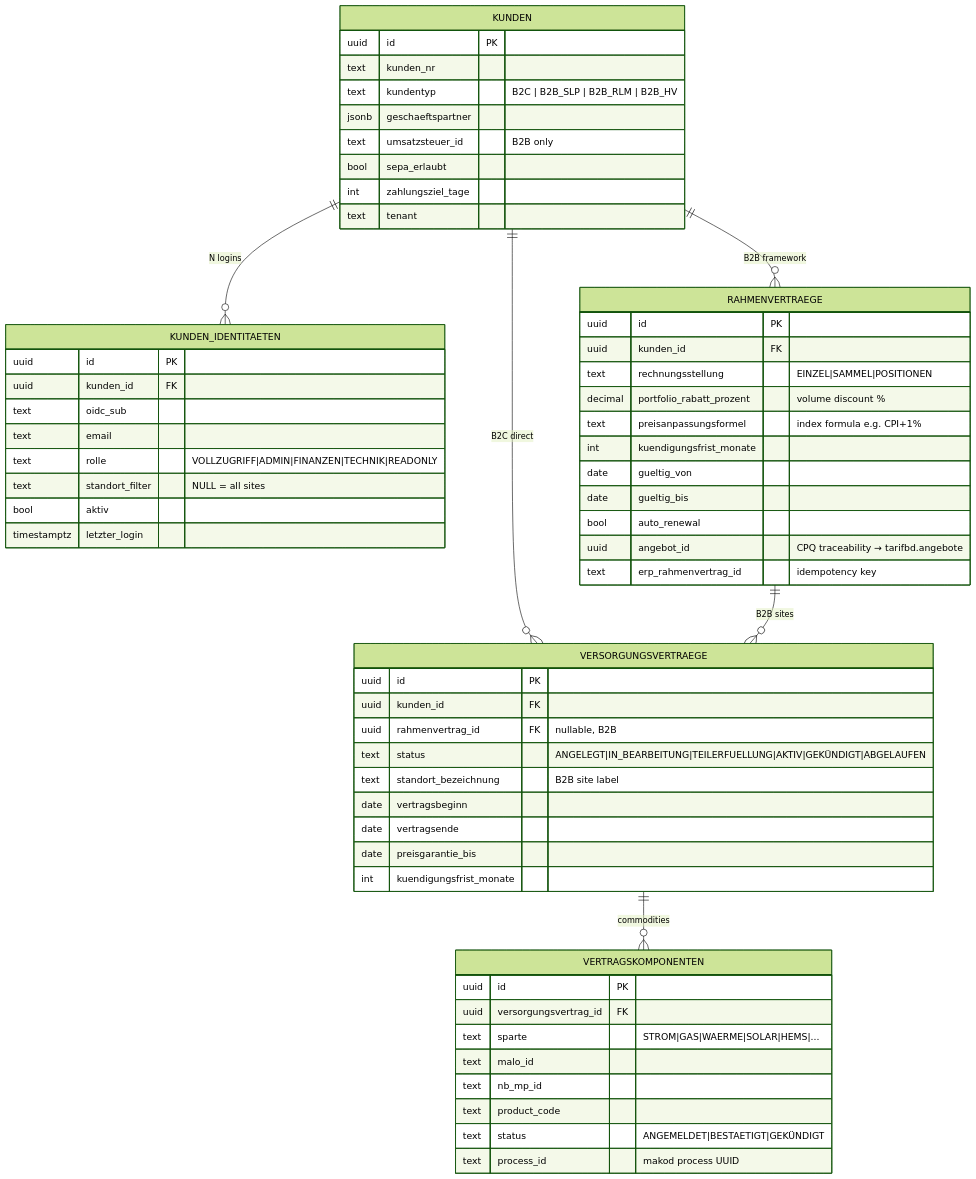
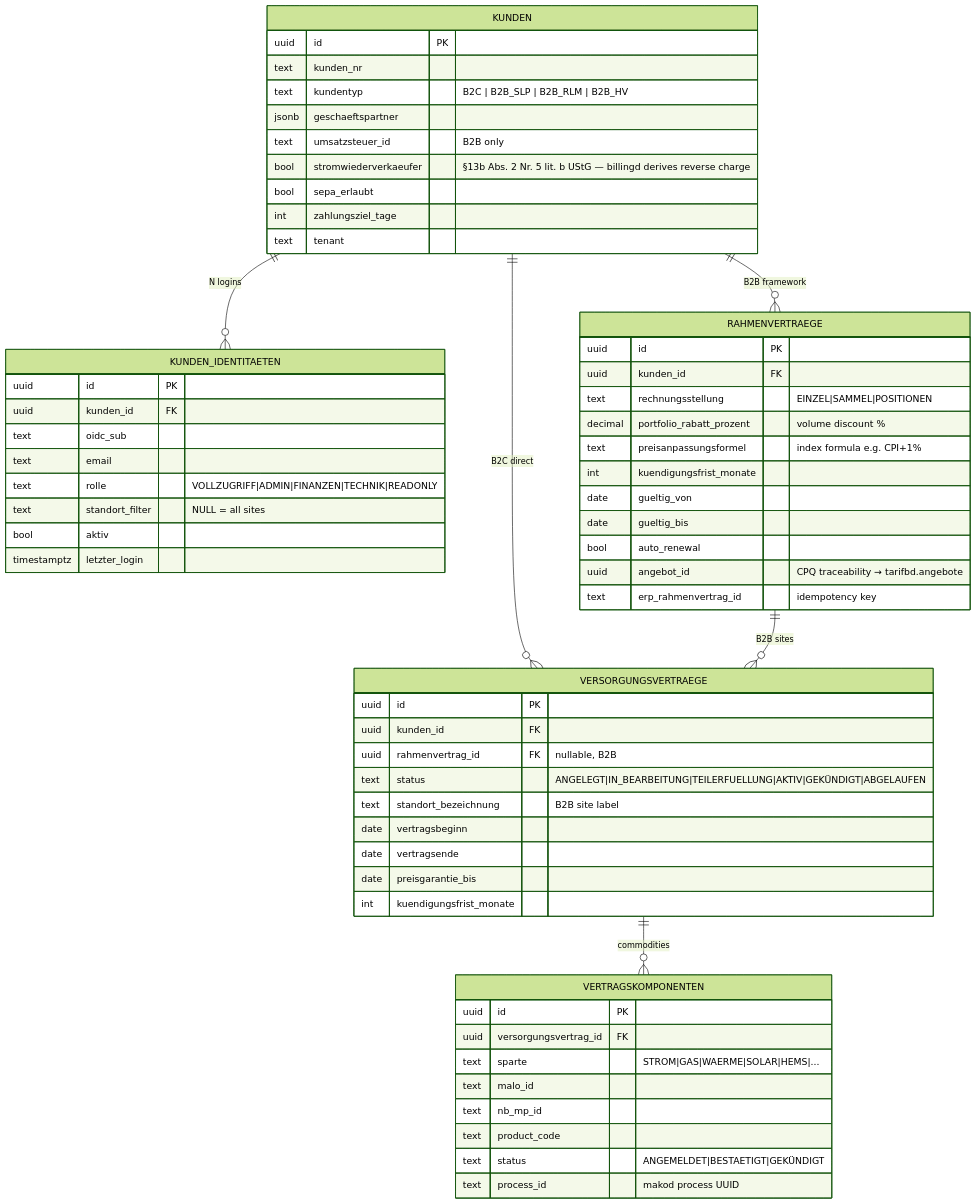
The first of 4 diagrams in site/content/docs/services/vertragd.md (hupe1980/mako), drawn with Mermaid (forest theme) before and after one commit. The commit also changed other lines of this file and 101 other files, not shown here.

````diff
--- a/site/content/docs/services/vertragd.md
+++ b/site/content/docs/services/vertragd.md
@@ -91,63 +91,64 @@
 ```mermaid
 erDiagram
     KUNDEN {
         uuid id PK
         text kunden_nr
         text kundentyp "B2C | B2B_SLP | B2B_RLM | B2B_HV"
         jsonb geschaeftspartner
         text umsatzsteuer_id "B2B only"
+        bool stromwiederverkaeufer "§13b Abs. 2 Nr. 5 lit. b UStG — billingd derives reverse charge"
         bool sepa_erlaubt
         int  zahlungsziel_tage
         text tenant
     }
     KUNDEN_IDENTITAETEN {
         uuid id PK
         uuid kunden_id FK
         text oidc_sub
         text email
         text rolle "VOLLZUGRIFF|ADMIN|FINANZEN|TECHNIK|READONLY"
         text standort_filter "NULL = all sites"
         bool aktiv
         timestamptz letzter_login
     }
     RAHMENVERTRAEGE {
         uuid id PK
         uuid kunden_id FK
         text rechnungsstellung "EINZEL|SAMMEL|POSITIONEN"
         decimal portfolio_rabatt_prozent "volume discount %"
         text preisanpassungsformel "index formula e.g. CPI+1%"
         int  kuendigungsfrist_monate
         date gueltig_von
         date gueltig_bis
         bool auto_renewal
         uuid angebot_id "CPQ traceability → tarifbd.angebote"
         text erp_rahmenvertrag_id "idempotency key"
     }
     VERSORGUNGSVERTRAEGE {
         uuid id PK
         uuid kunden_id FK
         uuid rahmenvertrag_id FK "nullable, B2B"
         text status "ANGELEGT|IN_BEARBEITUNG|TEILERFUELLUNG|AKTIV|GEKÜNDIGT|ABGELAUFEN"
         text standort_bezeichnung "B2B site label"
         date vertragsbeginn
         date vertragsende
         date preisgarantie_bis
         int  kuendigungsfrist_monate
     }
     VERTRAGSKOMPONENTEN {
         uuid id PK
         uuid versorgungsvertrag_id FK
         text sparte "STROM|GAS|WAERME|SOLAR|HEMS|..."
         text malo_id
         text nb_mp_id
         text product_code
         text status "ANGEMELDET|BESTAETIGT|GEKÜNDIGT"
         text process_id "makod process UUID"
     }
 
     KUNDEN ||--o{ KUNDEN_IDENTITAETEN : "N logins"
     KUNDEN ||--o{ RAHMENVERTRAEGE : "B2B framework"
     KUNDEN ||--o{ VERSORGUNGSVERTRAEGE : "B2C direct"
     RAHMENVERTRAEGE ||--o{ VERSORGUNGSVERTRAEGE : "B2B sites"
     VERSORGUNGSVERTRAEGE ||--o{ VERTRAGSKOMPONENTEN : "commodities"
 ```
````
